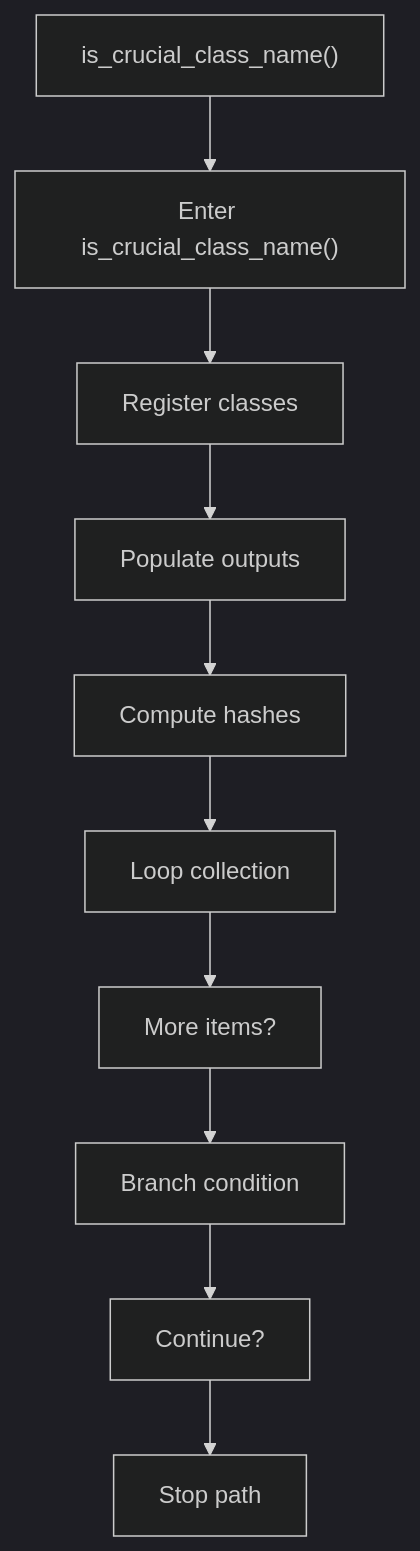
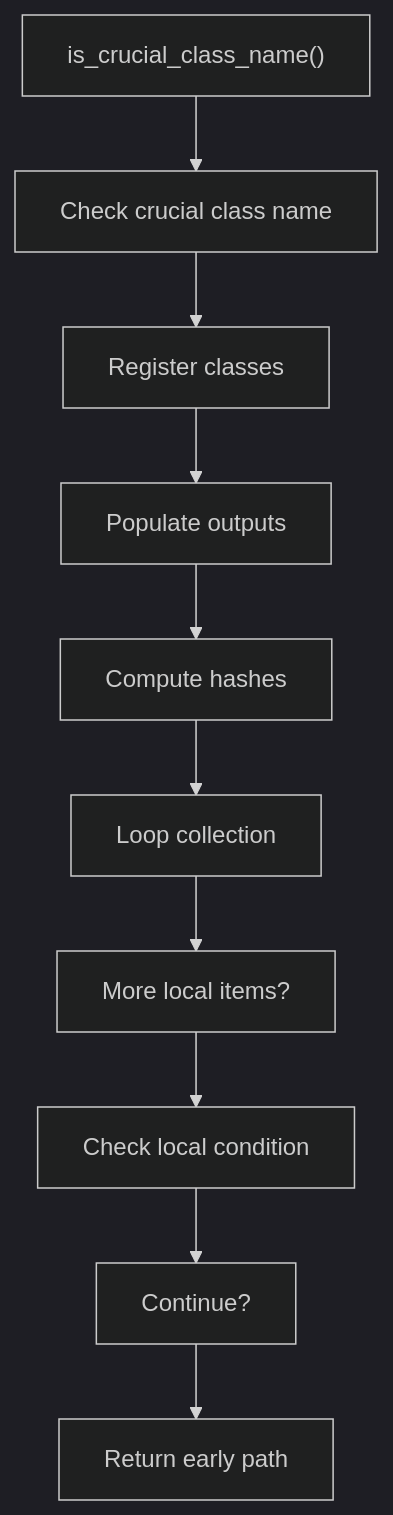
One commit to JohnAndrewBalbarosa/NeoTerritory changed the first of 2 diagrams in docs/Codebase/Microservice/Modules/Source/Analysis/Lexical/StructuralHooks/Flow/functions/is_crucial_class_name.cpp.md. Above: the diagram before and after it, drawn with Mermaid (dark theme). The commit also changed other lines of this file and 915 other files, not shown here.

````diff
--- a/docs/Codebase/Microservice/Modules/Source/Analysis/Lexical/StructuralHooks/Flow/functions/is_crucial_class_name.cpp.md
+++ b/docs/Codebase/Microservice/Modules/Source/Analysis/Lexical/StructuralHooks/Flow/functions/is_crucial_class_name.cpp.md
@@ -27,22 +27,22 @@
 ```mermaid
 flowchart TD
     N0["is_crucial_class_name()"]
-    N1["Enter is_crucial_class_name()"]
+    N1["Check crucial class name"]
     N2["Register classes"]
     N3["Populate outputs"]
     N4["Compute hashes"]
     N5["Loop collection"]
-    N6["More items?"]
-    N7["Branch condition"]
+    N6["More local items?"]
+    N7["Check local condition"]
     N8["Continue?"]
-    N9["Stop path"]
+    N9["Return early path"]
     N0 --> N1
     N1 --> N2
     N2 --> N3
     N3 --> N4
     N4 --> N5
     N5 --> N6
     N6 --> N7
     N7 --> N8
     N8 --> N9
 ```
````
